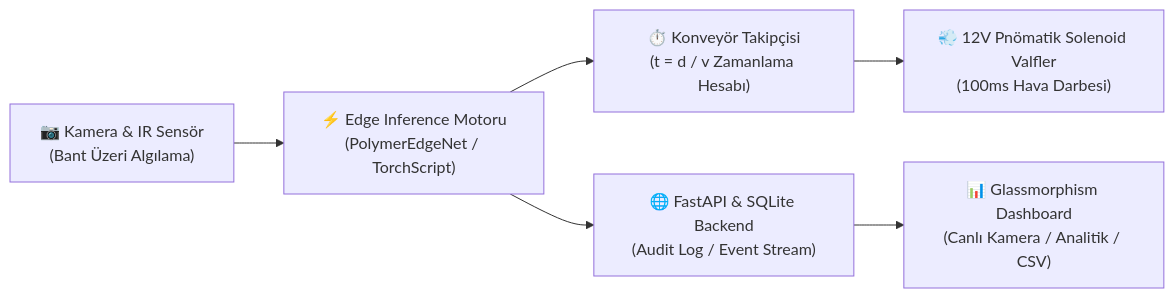
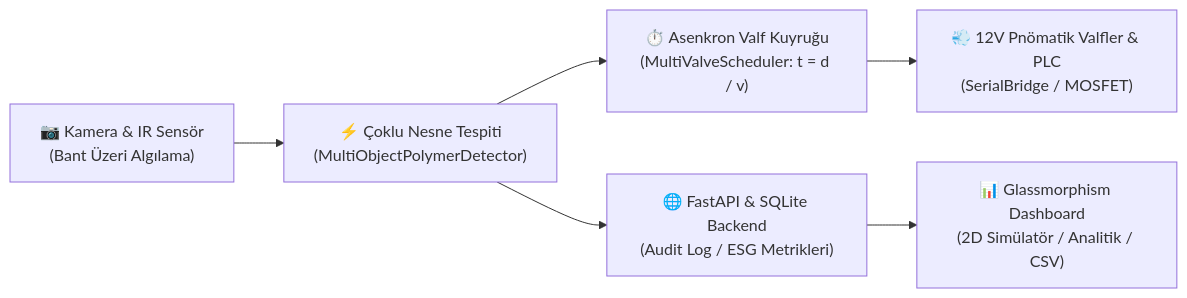
The diagram in README.md (bahattinyunus/sifir-atik-yapay-zeka), drawn with Mermaid before and after one commit. The commit also changed other lines of this file and 18 other files, not shown here.

First line of the commit message:
feat(v2.5): coklu nesne takibi, 2D interaktif konveyor simulatoru, ESG cevresel etki modeli ve endustriyel haberlesme

````diff
--- a/README.md
+++ b/README.md
@@ -51,8 +52,8 @@
 ```mermaid
 flowchart LR
-    A["📷 Kamera & IR Sensör<br/>(Bant Üzeri Algılama)"] --> B["⚡ Edge Inference Motoru<br/>(PolymerEdgeNet / TorchScript)"]
-    B --> C["⏱️ Konveyör Takipçisi<br/>(t = d / v Zamanlama Hesabı)"]
-    C --> D["💨 12V Pnömatik Solenoid Valfler<br/>(100ms Hava Darbesi)"]
-    B --> E["🌐 FastAPI & SQLite Backend<br/>(Audit Log / Event Stream)"]
-    E --> F["📊 Glassmorphism Dashboard<br/>(Canlı Kamera / Analitik / CSV)"]
+    A["📷 Kamera & IR Sensör<br/>(Bant Üzeri Algılama)"] --> B["⚡ Çoklu Nesne Tespiti<br/>(MultiObjectPolymerDetector)"]
+    B --> C["⏱️ Asenkron Valf Kuyruğu<br/>(MultiValveScheduler: t = d / v)"]
+    C --> D["💨 12V Pnömatik Valfler & PLC<br/>(SerialBridge / MOSFET)"]
+    B --> E["🌐 FastAPI & SQLite Backend<br/>(Audit Log / ESG Metrikleri)"]
+    E --> F["📊 Glassmorphism Dashboard<br/>(2D Simülatör / Analitik / CSV)"]
 ```
````
